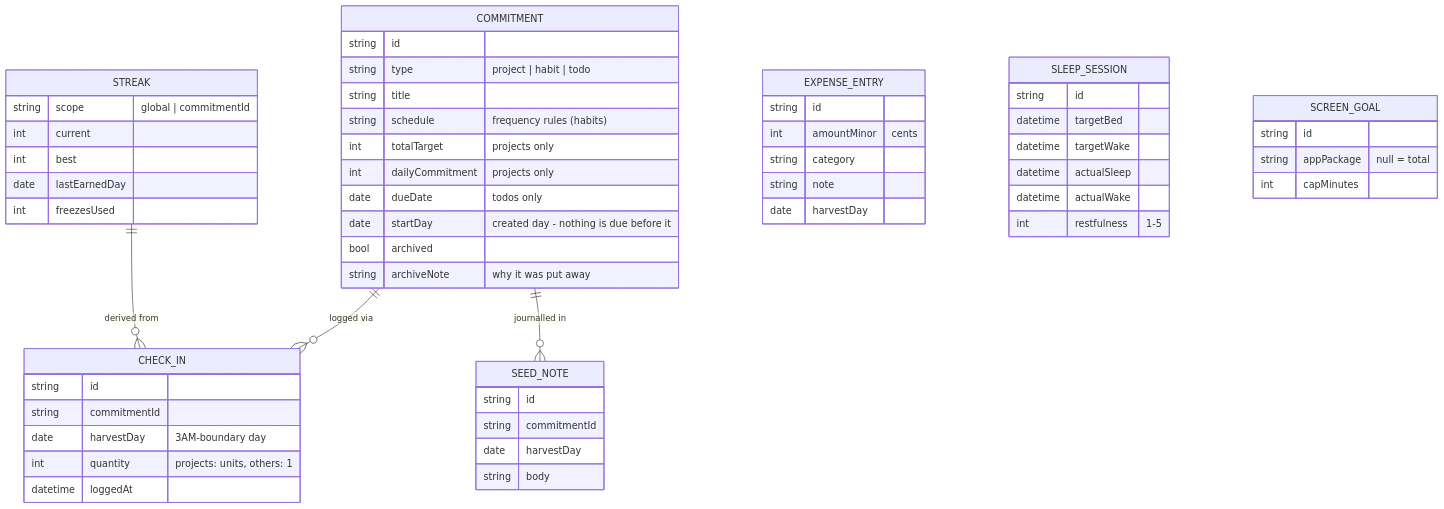
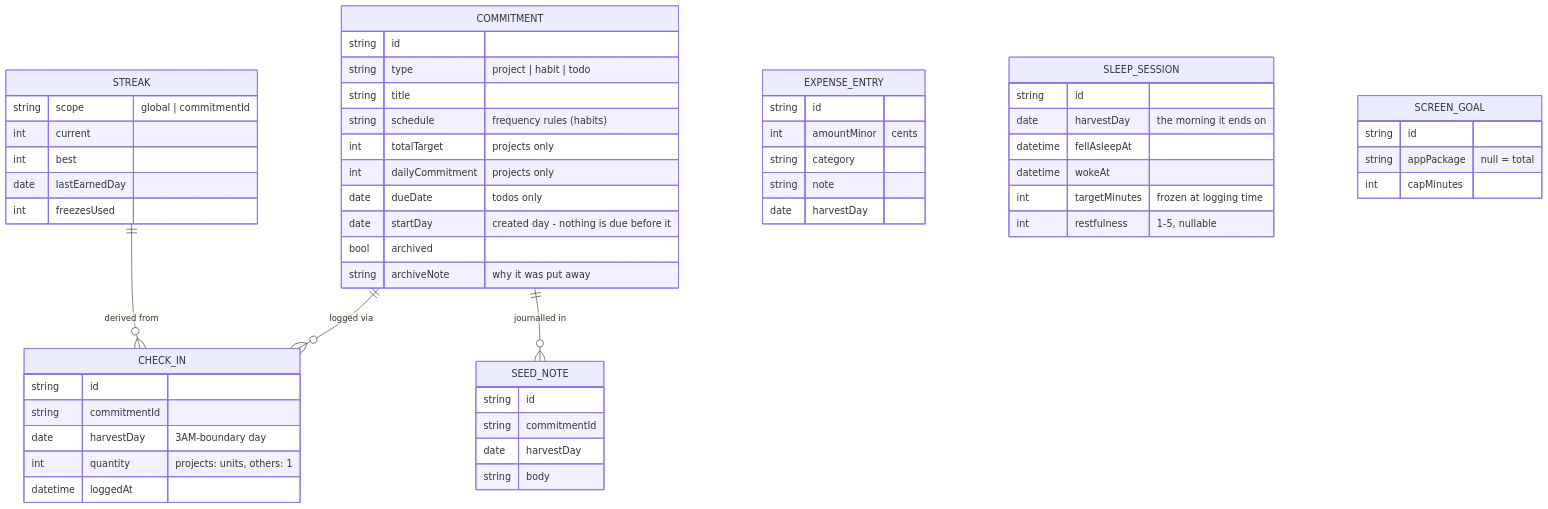
Before and after one commit to ABakdi/Harvest: the diagram in docs/01-Specification/Core-Entities.md, drawn with Mermaid. The commit also changed other lines of this file and 5 other files, not shown here.

````diff
--- a/docs/01-Specification/Core-Entities.md
+++ b/docs/01-Specification/Core-Entities.md
@@ -5,58 +5,58 @@
 ```mermaid
 erDiagram
     COMMITMENT ||--o{ CHECK_IN : "logged via"
     COMMITMENT {
         string id
         string type "project | habit | todo"
         string title
         string schedule "frequency rules (habits)"
         int totalTarget "projects only"
         int dailyCommitment "projects only"
         date dueDate "todos only"
         date startDay "created day - nothing is due before it"
         bool archived
         string archiveNote "why it was put away"
     }
     COMMITMENT ||--o{ SEED_NOTE : "journalled in"
     SEED_NOTE {
         string id
         string commitmentId
         date harvestDay
         string body
     }
     CHECK_IN {
         string id
         string commitmentId
         date harvestDay "3AM-boundary day"
         int quantity "projects: units, others: 1"
         datetime loggedAt
     }
     STREAK ||--o{ CHECK_IN : "derived from"
     STREAK {
         string scope "global | commitmentId"
         int current
         int best
         date lastEarnedDay
         int freezesUsed
     }
     EXPENSE_ENTRY {
         string id
         int amountMinor "cents"
         string category
         string note
         date harvestDay
     }
     SLEEP_SESSION {
         string id
-        datetime targetBed
-        datetime targetWake
-        datetime actualSleep
-        datetime actualWake
-        int restfulness "1-5"
+        date harvestDay "the morning it ends on"
+        datetime fellAsleepAt
+        datetime wokeAt
+        int targetMinutes "frozen at logging time"
+        int restfulness "1-5, nullable"
     }
     SCREEN_GOAL {
         string id
         string appPackage "null = total"
         int capMinutes
     }
 ```
````
